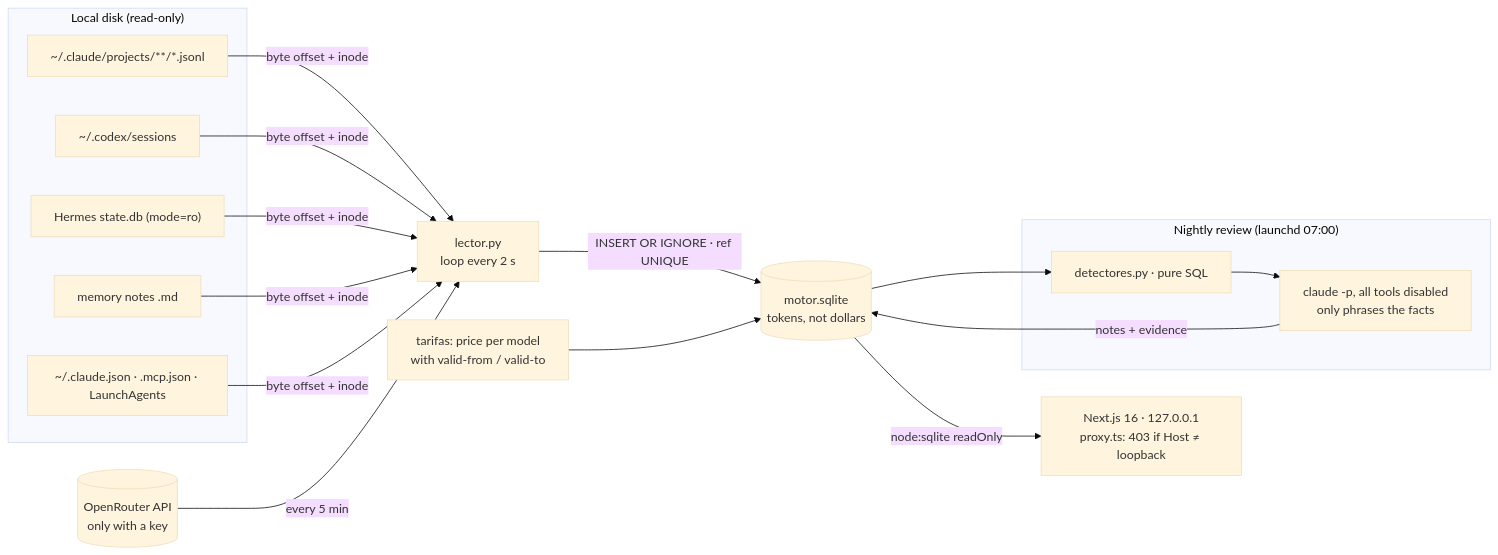
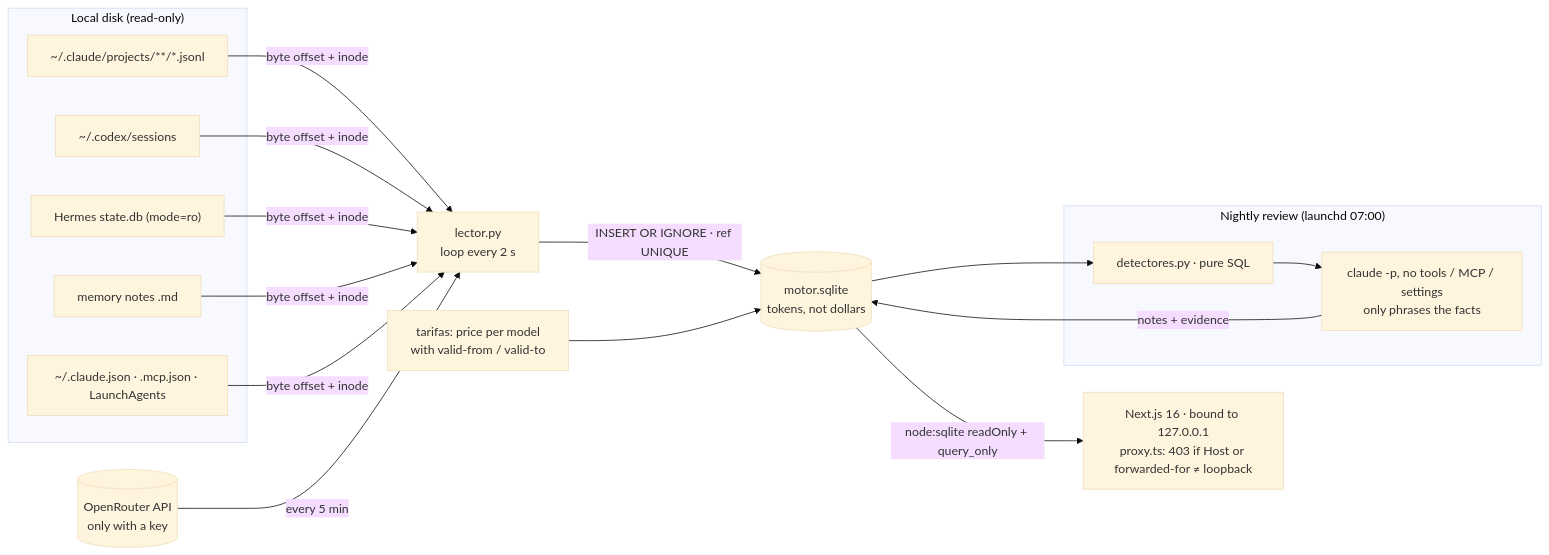
Before and after one commit to noelaliaga/motor-agentico-observability: the diagram in README.md, drawn with Mermaid (base theme). The commit also changed other lines of this file and 2 other files, not shown here.

````diff
--- a/README.md
+++ b/README.md
@@ -60,21 +60,21 @@
 ```mermaid
 flowchart LR
   subgraph disk["Local disk (read-only)"]
     CC["~/.claude/projects/**/*.jsonl"]
     CX["~/.codex/sessions"]
     HM["Hermes state.db (mode=ro)"]
     MEM["memory notes .md"]
     CFG["~/.claude.json · .mcp.json · LaunchAgents"]
   end
   OR[("OpenRouter API<br/>only with a key")]
   CC & CX & HM & MEM & CFG -->|"byte offset + inode"| L["lector.py<br/>loop every 2 s"]
   OR -->|"every 5 min"| L
   L -->|"INSERT OR IGNORE · ref UNIQUE"| DB[("motor.sqlite<br/>tokens, not dollars")]
   T["tarifas: price per model<br/>with valid-from / valid-to"] --> DB
-  DB -->|"node:sqlite readOnly"| W["Next.js 16 · 127.0.0.1<br/>proxy.ts: 403 if Host ≠ loopback"]
+  DB -->|"node:sqlite readOnly + query_only"| W["Next.js 16 · bound to 127.0.0.1<br/>proxy.ts: 403 if Host or forwarded-for ≠ loopback"]
   subgraph review["Nightly review (launchd 07:00)"]
-    D["detectores.py · pure SQL"] --> R["claude -p, all tools disabled<br/>only phrases the facts"]
+    D["detectores.py · pure SQL"] --> R["claude -p, no tools / MCP / settings<br/>only phrases the facts"]
   end
   DB --> D
   R -->|"notes + evidence"| DB
 ```
````
